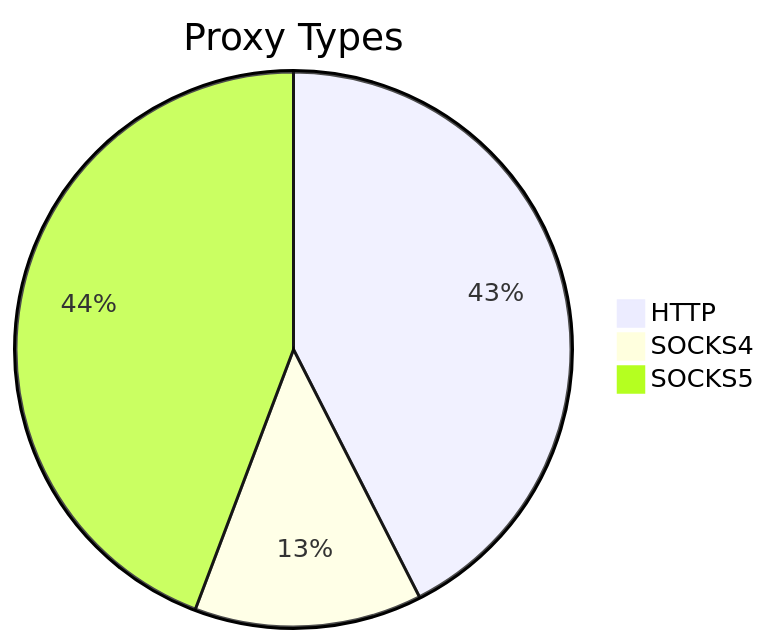
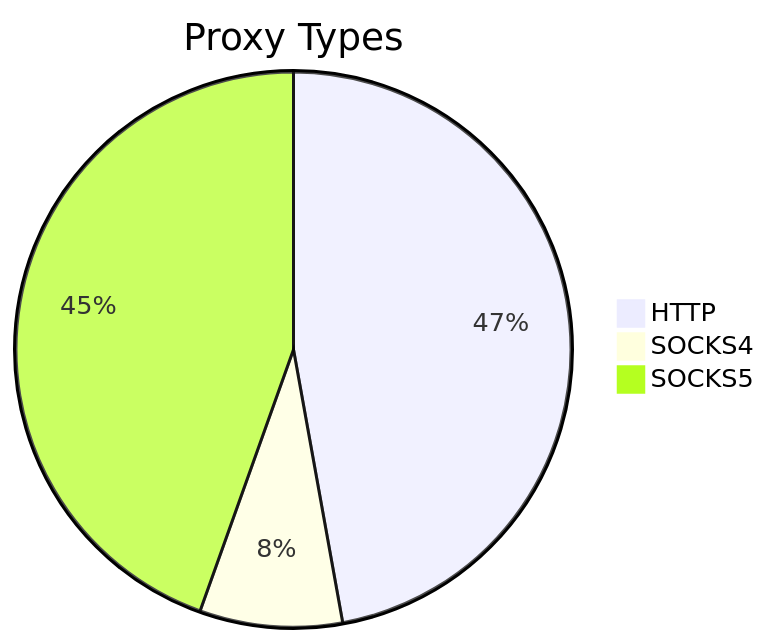
Before and after one commit to stormsia/proxy-list: the first of 2 diagrams in README.md, drawn with Mermaid. The commit also changed other lines of this file, not shown here.

````diff
--- a/README.md
+++ b/README.md
@@ -21,6 +21,6 @@
 ```mermaid
 pie title Proxy Types
-    "HTTP" : 658
-    "SOCKS4" : 205
-    "SOCKS5" : 685
+    "HTTP" : 557
+    "SOCKS4" : 98
+    "SOCKS5" : 526
 ```
````
